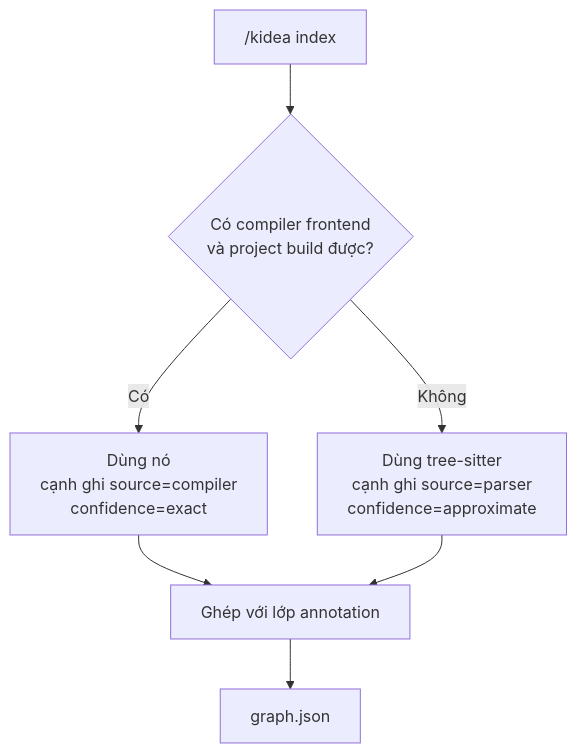
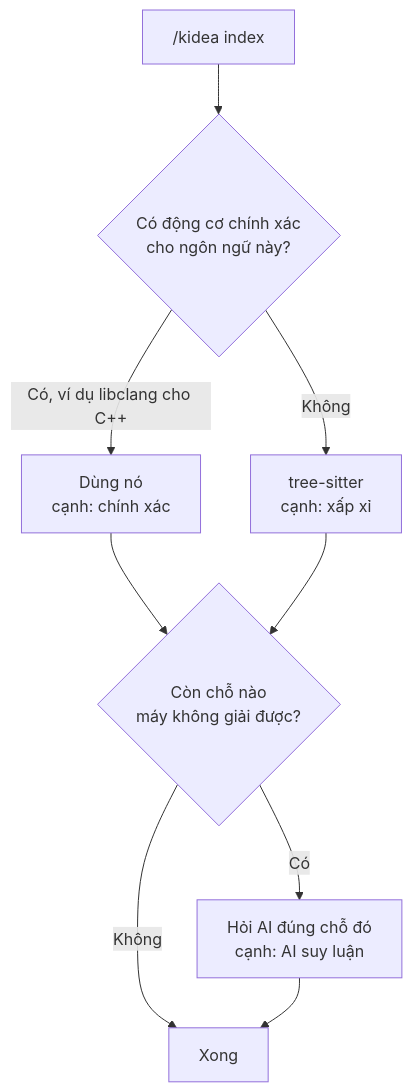
The fifth of 7 diagrams in design/KIDEA_SPEC.md (Kynderis/kendrick-ai-tools), drawn with Mermaid before and after one commit. The commit also changed other lines of this file and 2 other files, not shown here.

````diff
--- a/design/KIDEA_SPEC.md
+++ b/design/KIDEA_SPEC.md
@@ -407,9 +455,11 @@
 ```mermaid
 flowchart TD
-    A["/kidea index"] --> B{"Có compiler frontend<br/>và project build được?"}
-    B -- "Có" --> C["Dùng nó<br/>cạnh ghi source=compiler<br/>confidence=exact"]
-    B -- "Không" --> D["Dùng tree-sitter<br/>cạnh ghi source=parser<br/>confidence=approximate"]
-    C --> E["Ghép với lớp annotation"]
+    A["/kidea index"] --> B{"Có động cơ chính xác<br/>cho ngôn ngữ này?"}
+    B -- "Có, ví dụ libclang cho C++" --> C["Dùng nó<br/>cạnh: chính xác"]
+    B -- "Không" --> D["tree-sitter<br/>cạnh: xấp xỉ"]
+    C --> E{"Còn chỗ nào<br/>máy không giải được?"}
     D --> E
-    E --> F["graph.json"]
+    E -- "Có" --> F["Hỏi AI đúng chỗ đó<br/>cạnh: AI suy luận"]
+    E -- "Không" --> G["Xong"]
+    F --> G
 ```
````
